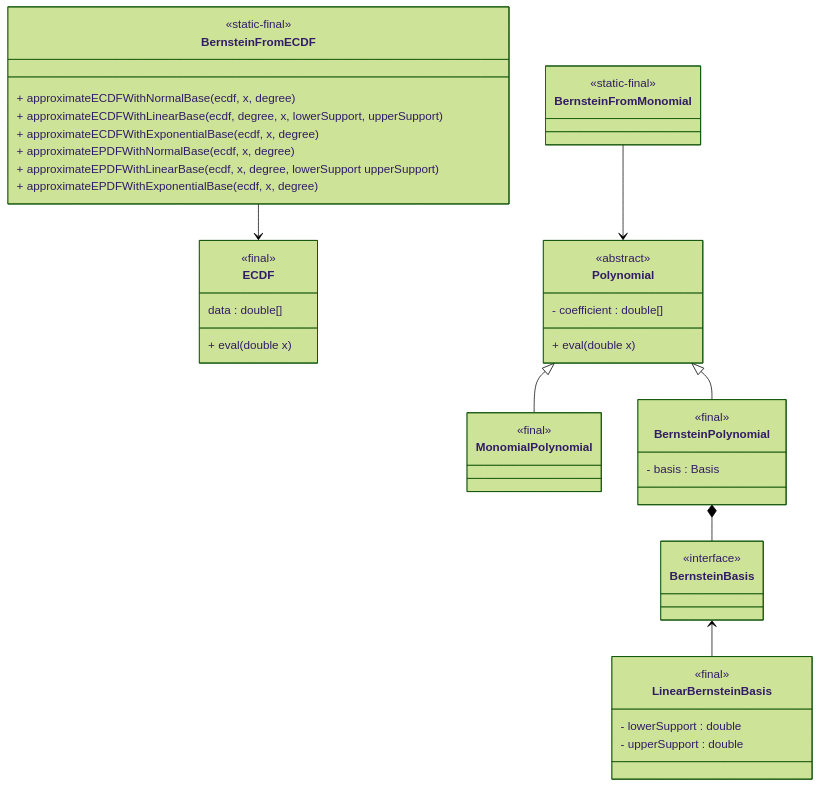
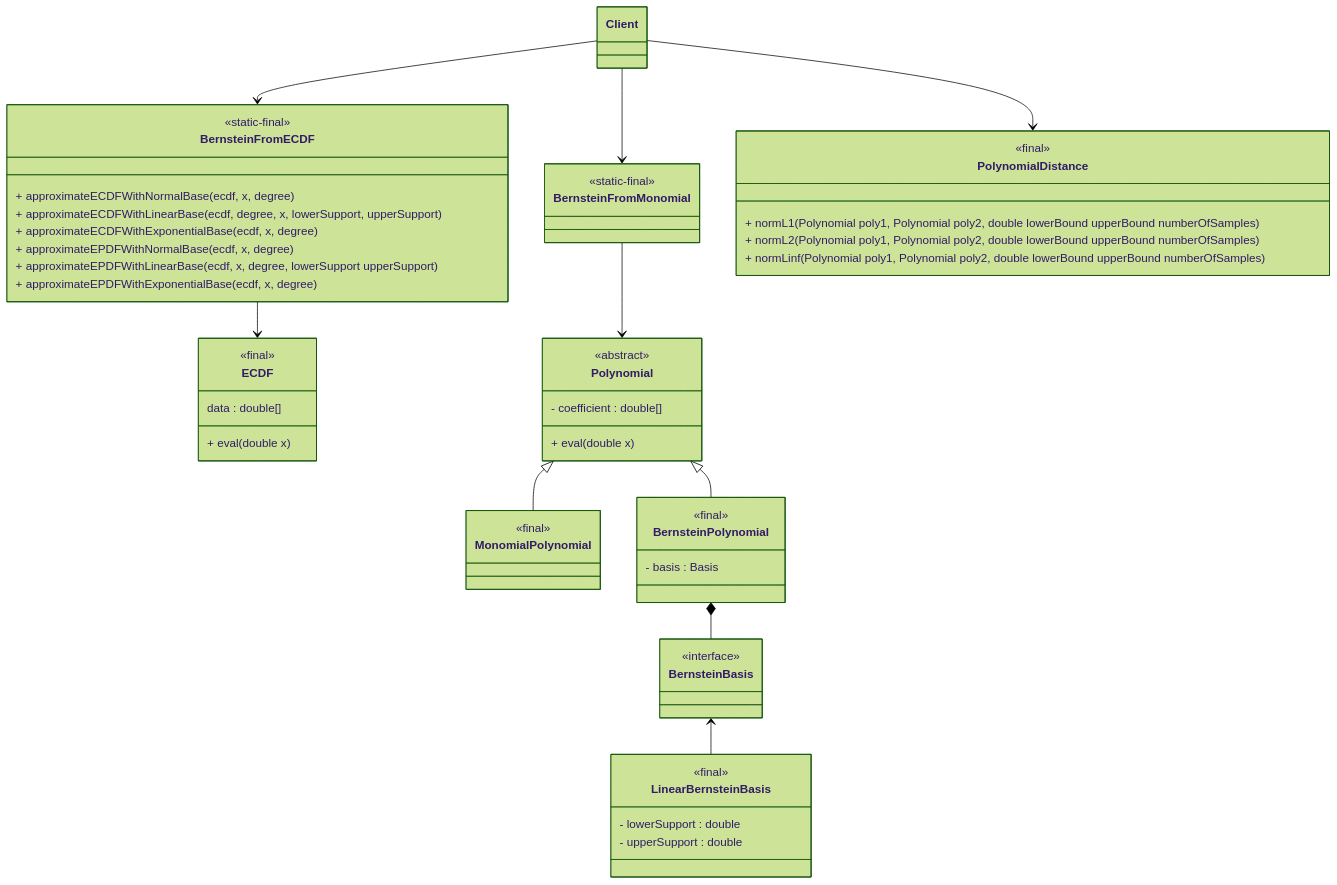
The diagram in report/images/2-bernstein/class_diagram.mmd (edoardosarri24/probabilistic-soft-real-time-analysis), drawn with Mermaid (forest theme) before and after one commit. The commit also changed 10 other files, not shown here.

```diff
--- a/report/images/2-bernstein/class_diagram.mmd
+++ b/report/images/2-bernstein/class_diagram.mmd
@@ -1,56 +1,66 @@
 classDiagram
 
     %% BernsteinFromECDF
     class BernsteinFromECDF {
         <<static-final>>
         + approximateECDFWithNormalBase(ecdf, x, degree)
         + approximateECDFWithLinearBase(ecdf, degree, x, lowerSupport, upperSupport)
         + approximateECDFWithExponentialBase(ecdf, x, degree)
         + approximateEPDFWithNormalBase(ecdf, x, degree)
         + approximateEPDFWithLinearBase(ecdf, x, degree, lowerSupport upperSupport)
         + approximateEPDFWithExponentialBase(ecdf, x, degree)
     }
 
     class ECDF {
         <<final>>
         data : double[]
         + eval(double x)
     }
-
-    BernsteinFromECDF --> ECDF
 
     %% BernsteinFromMonomial
     class BernsteinFromMonomial {
         <<static-final>>
     }
 
     class Polynomial {
         <<abstract>>
         - coefficient : double[]
         + eval(double x)
     }
 
     class MonomialPolynomial {
         <<final>>
     }
 
     class BernsteinPolynomial {
         <<final>>
         - basis : Basis
     }
 
     class BernsteinBasis {
         <<interface>>
     }
 
     class LinearBernsteinBasis {
         <<final>>
         - lowerSupport : double
         - upperSupport : double
     }
 
+    class PolynomialDistance {
+        <<final>>
+        + normL1(Polynomial poly1, Polynomial poly2, double lowerBound upperBound numberOfSamples)
+        + normL2(Polynomial poly1, Polynomial poly2, double lowerBound upperBound numberOfSamples)
+        + normLinf(Polynomial poly1, Polynomial poly2, double lowerBound upperBound numberOfSamples)
+    }
+
+    %% Relation
+    Client --> BernsteinFromMonomial
+    Client --> BernsteinFromECDF
+    Client --> PolynomialDistance
     BernsteinFromMonomial --> Polynomial
     Polynomial <|-- MonomialPolynomial
     Polynomial <|-- BernsteinPolynomial
     BernsteinPolynomial *-- BernsteinBasis
     BernsteinBasis <-- LinearBernsteinBasis
+    BernsteinFromECDF --> ECDF
```
